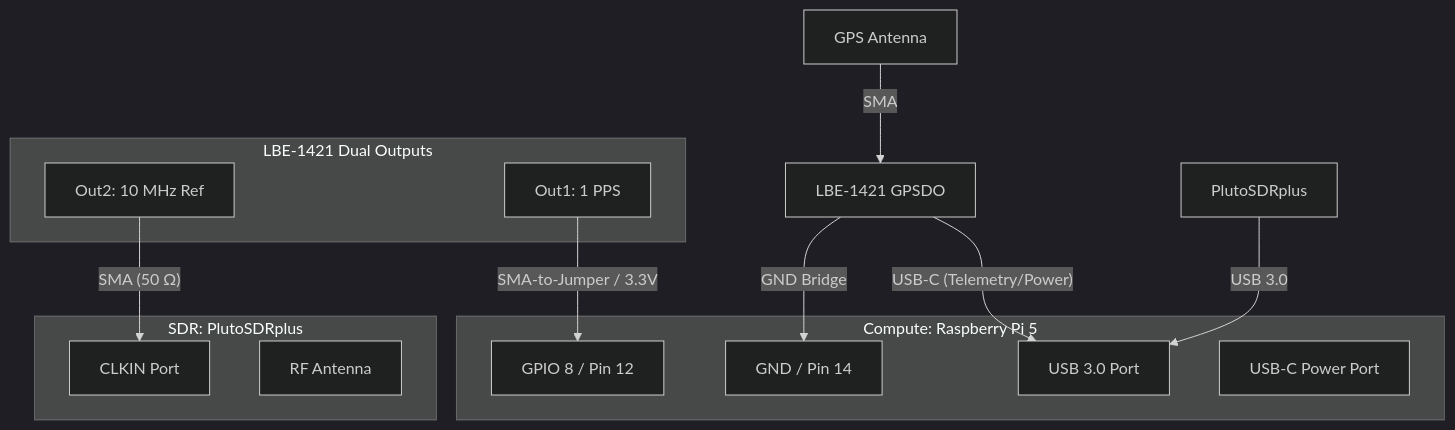
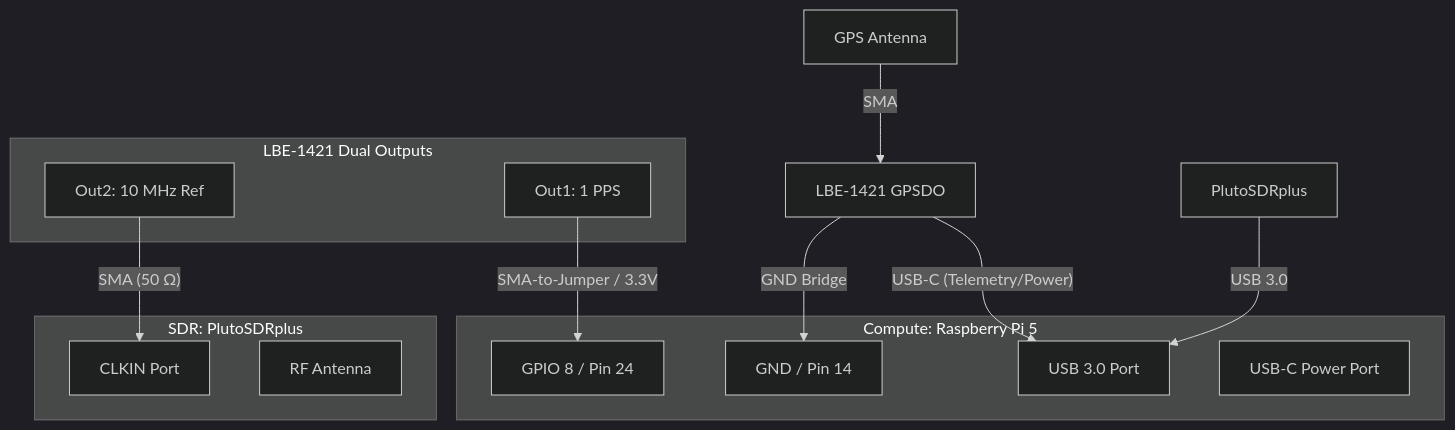
One commit to DynoGator/dslv-zpdi changed the diagram in docs/LBE-1421_WIRING.md. Above: the diagram before and after it, drawn with Mermaid (dark theme). The commit also changed other lines of this file and 3 other files, not shown here.

````diff
--- a/docs/LBE-1421_WIRING.md
+++ b/docs/LBE-1421_WIRING.md
@@ -8,27 +8,27 @@
 ```mermaid
 graph TD
     GPS[GPS Antenna] -- SMA --> LBE[LBE-1421 GPSDO]
     
     subgraph "LBE-1421 Dual Outputs"
         Out1[Out1: 1 PPS]
         Out2[Out2: 10 MHz Ref]
     end
     
     subgraph "SDR: PlutoSDRplus"
         CLKIN[CLKIN Port]
         ANT[RF Antenna]
     end
     
     subgraph "Compute: Raspberry Pi 5"
-        GPIO18[GPIO 8 / Pin 12]
+        GPIO8[GPIO 8 / Pin 24]
         GND[GND / Pin 14]
         USB3[USB 3.0 Port]
         USBC_PWR[USB-C Power Port]
     end
     
     Out2 -- "SMA (50 Ω)" --> CLKIN
-    Out1 -- "SMA-to-Jumper / 3.3V" --> GPIO18
+    Out1 -- "SMA-to-Jumper / 3.3V" --> GPIO8
     LBE -- "GND Bridge" --> GND
     LBE -- "USB-C (Telemetry/Power)" --> USB3
     PlutoSDRplus -- "USB 3.0" --> USB3
 ```
````
